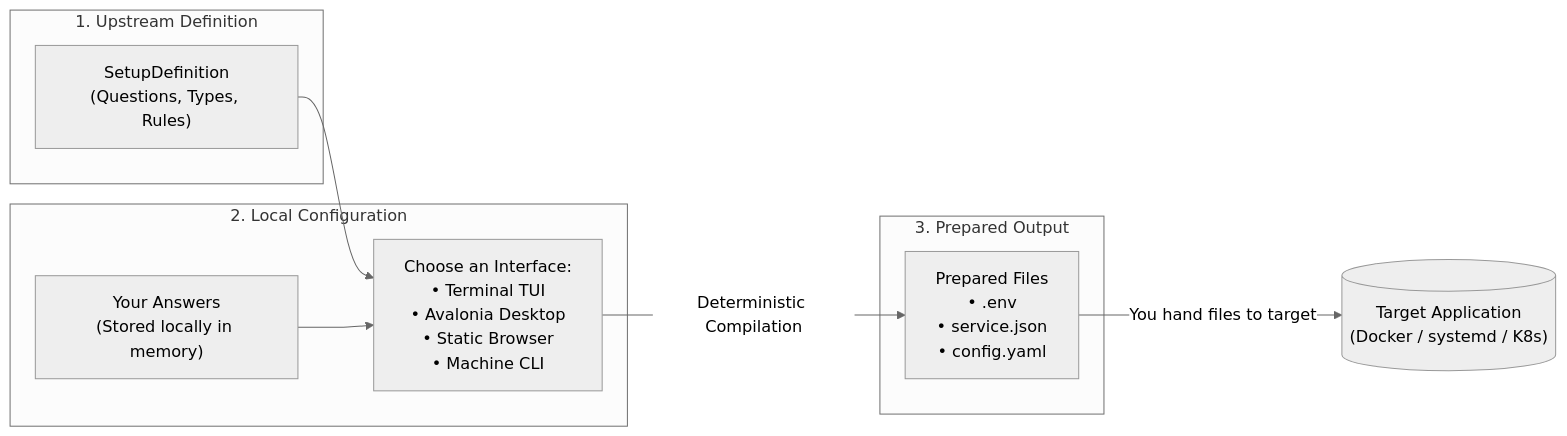
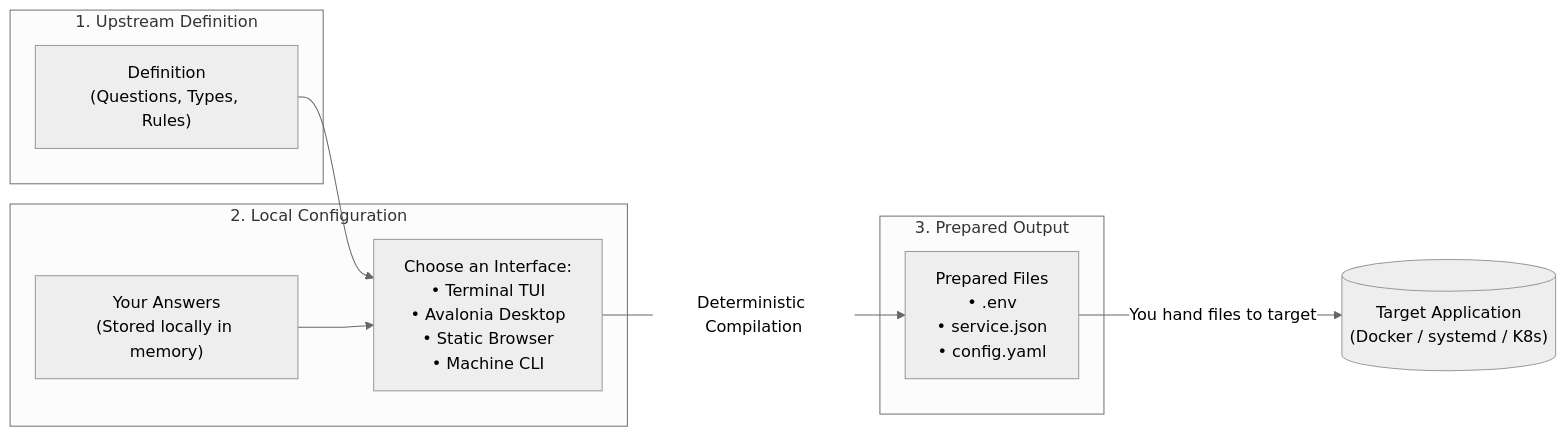
One commit to islamu-ngo/Configurator changed the first of 2 diagrams in docs/public/overview.md. Above: the diagram before and after it, drawn with Mermaid (neutral theme). The commit also changed 332 other files, not shown here.

First line of the commit message:
refactor(architecture)!: replace obsolete setup contract names

````diff
--- a/docs/public/overview.md
+++ b/docs/public/overview.md
@@ -32,20 +32,20 @@
 ```mermaid
 flowchart LR
     subgraph Step1 ["1. Upstream Definition"]
-        DEF["SetupDefinition<br/>(Questions, Types, Rules)"]
+        DEF["Definition<br/>(Questions, Types, Rules)"]
     end
 
     subgraph Step2 ["2. Local Configuration"]
         ANS["Your Answers<br/>(Stored locally in memory)"]
         UI["Choose an Interface:<br/>• Terminal TUI<br/>• Avalonia Desktop<br/>• Static Browser<br/>• Machine CLI"]
     end
 
     subgraph Step3 ["3. Prepared Output"]
         OUT["Prepared Files<br/>• .env<br/>• service.json<br/>• config.yaml"]
     end
 
     DEF --> UI
     ANS --> UI
     UI -->|"Deterministic Compilation"| OUT
     OUT -->|"You hand files to target"| APP[("Target Application<br/>(Docker / systemd / K8s)")]
 ```
````
